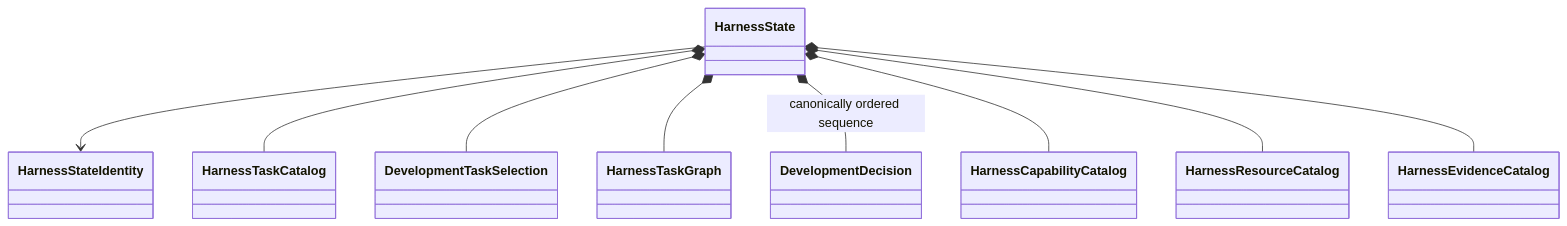
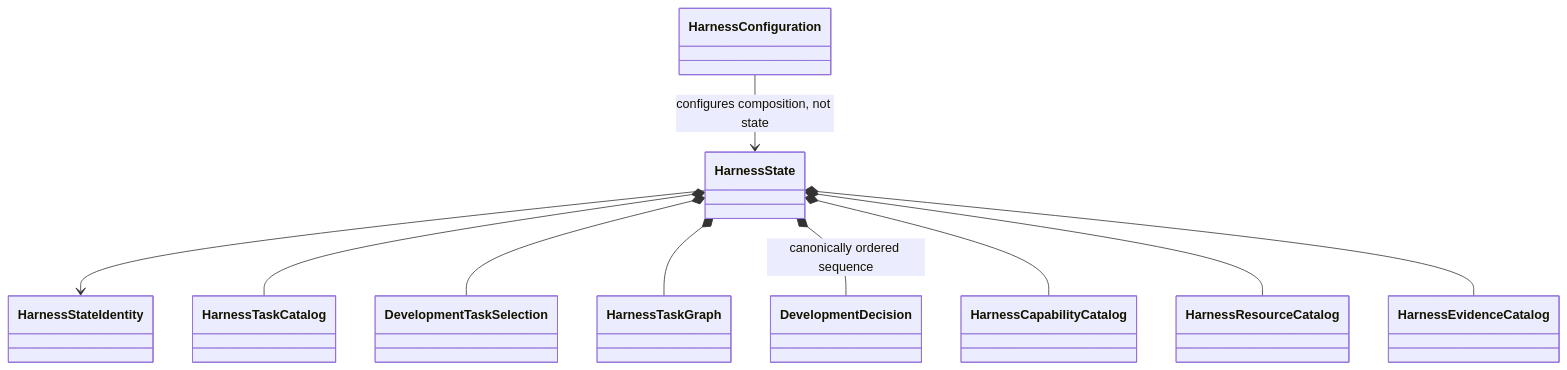
Before and after one commit to eragasa/ksdft2effmass: the diagram in docs/architecture/v2/ksdft2effmass/harness/object-model.md, drawn with Mermaid. The commit also changed other lines of this file and 48 other files, not shown here.

Commit message:
Implement centralized harness configuration

````diff
--- a/docs/architecture/v2/ksdft2effmass/harness/object-model.md
+++ b/docs/architecture/v2/ksdft2effmass/harness/object-model.md
@@ -5,21 +5,23 @@
 ```mermaid
 classDiagram
+    class HarnessConfiguration
     class HarnessState
     class HarnessStateIdentity
     class HarnessTaskCatalog
     class DevelopmentTaskSelection
     class HarnessTaskGraph
     class DevelopmentDecision
     class HarnessCapabilityCatalog
     class HarnessResourceCatalog
     class HarnessEvidenceCatalog
 
+    HarnessConfiguration --> HarnessState : configures composition, not state
     HarnessState --> HarnessStateIdentity
     HarnessState *-- HarnessTaskCatalog
     HarnessState *-- DevelopmentTaskSelection
     HarnessState *-- HarnessTaskGraph
     HarnessState *-- DevelopmentDecision : canonically ordered sequence
     HarnessState *-- HarnessCapabilityCatalog
     HarnessState *-- HarnessResourceCatalog
     HarnessState *-- HarnessEvidenceCatalog
 ```
````
